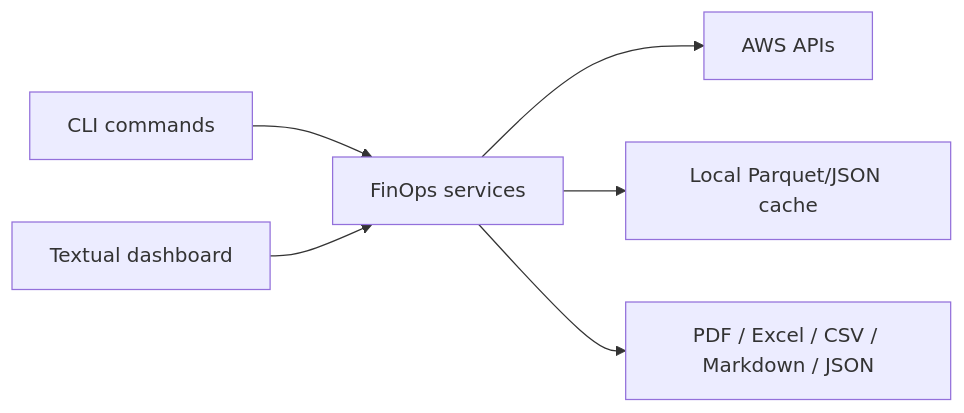
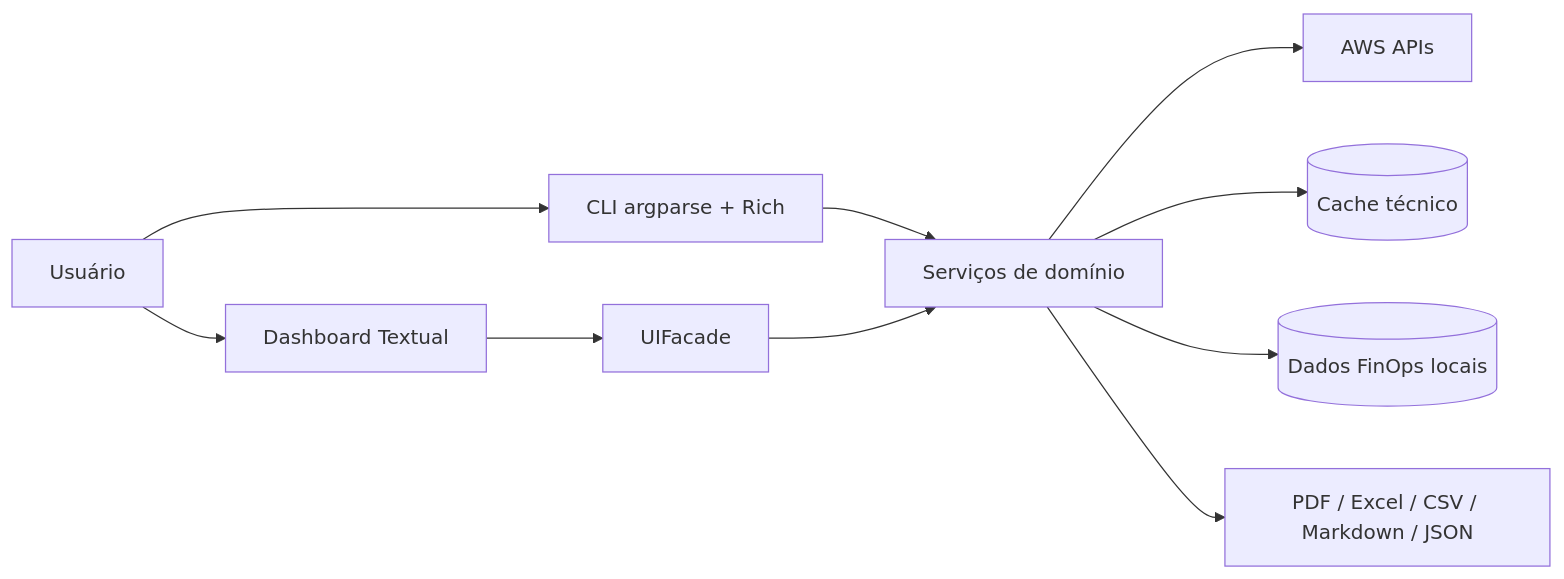
The first of 3 diagrams in README.md (AlexDcoder/remora-fin), drawn with Mermaid before and after one commit. The commit also changed other lines of this file and 2 other files, not shown here.

````diff
--- a/README.md
+++ b/README.md
@@ -148,8 +11,12 @@
 ```mermaid
 flowchart LR
-    CLI[CLI commands] --> Services[FinOps services]
-    TUI[Textual dashboard] --> Services
+    User[Usuário] --> CLI[CLI argparse + Rich]
+    User --> TUI[Dashboard Textual]
+    CLI --> Services[Serviços de domínio]
+    TUI --> Facade[UIFacade]
+    Facade --> Services
     Services --> AWS[AWS APIs]
-    Services --> Cache[Local Parquet/JSON cache]
+    Services --> Cache[(Cache técnico)]
+    Services --> Data[(Dados FinOps locais)]
     Services --> Reports[PDF / Excel / CSV / Markdown / JSON]
 ```
````
